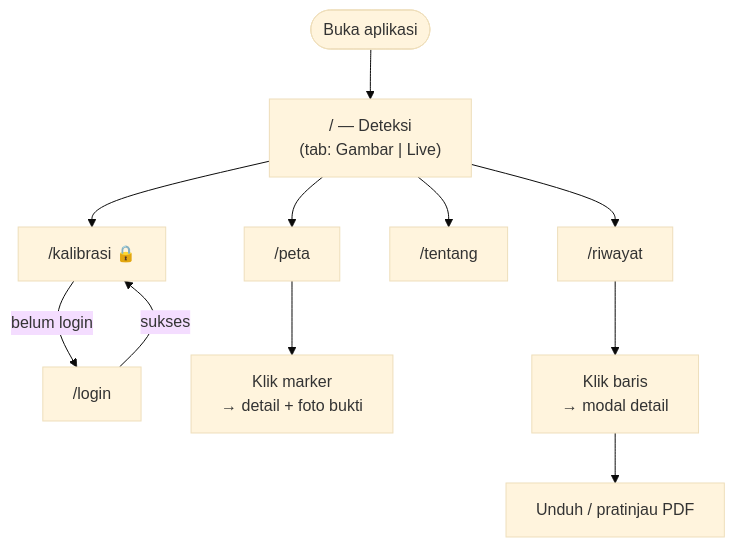
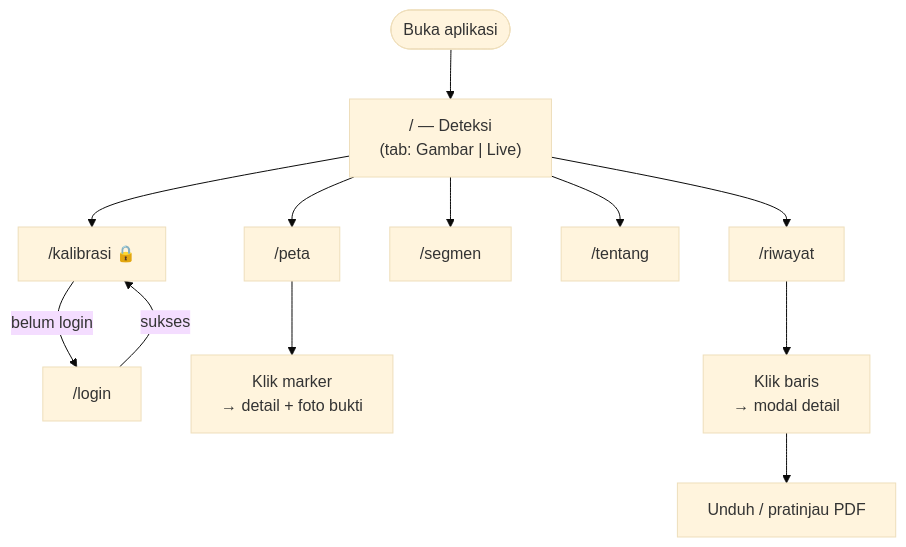
One commit to rachmatx/jalan-pantau changed the first of 6 diagrams in docs/User-Flow.md. Above: the diagram before and after it, drawn with Mermaid (base theme). The commit also changed other lines of this file and 9 other files, not shown here.

````diff
--- a/docs/User-Flow.md
+++ b/docs/User-Flow.md
@@ -102,16 +109,17 @@
 ```mermaid
 graph TD
     START([Buka aplikasi]) --> HOME["/ — Deteksi<br/>(tab: Gambar | Live)"]
 
     HOME --> PETA["/peta"]
     HOME --> RIWAYAT["/riwayat"]
+    HOME --> SEGMEN["/segmen"]
     HOME --> TENTANG["/tentang"]
     HOME --> KALIBRASI["/kalibrasi 🔒"]
 
     KALIBRASI -->|belum login| LOGIN["/login"]
     LOGIN -->|sukses| KALIBRASI
 
     PETA --> DETAIL["Klik marker<br/>→ detail + foto bukti"]
     RIWAYAT --> DETAILR["Klik baris<br/>→ modal detail"]
     DETAILR --> PDF["Unduh / pratinjau PDF"]
 ```
````
